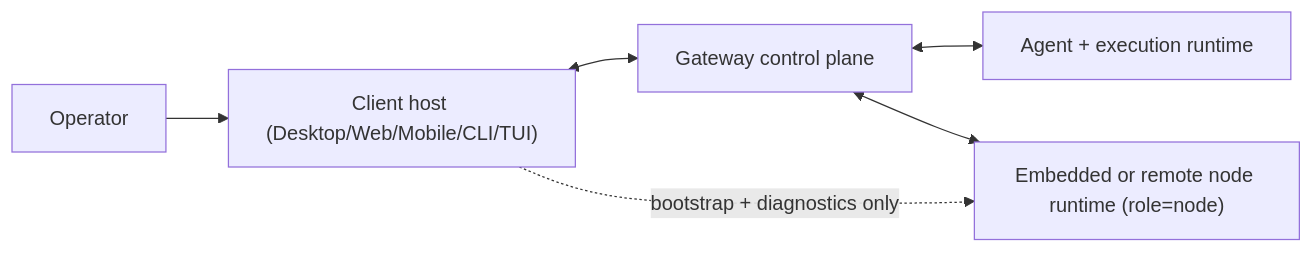
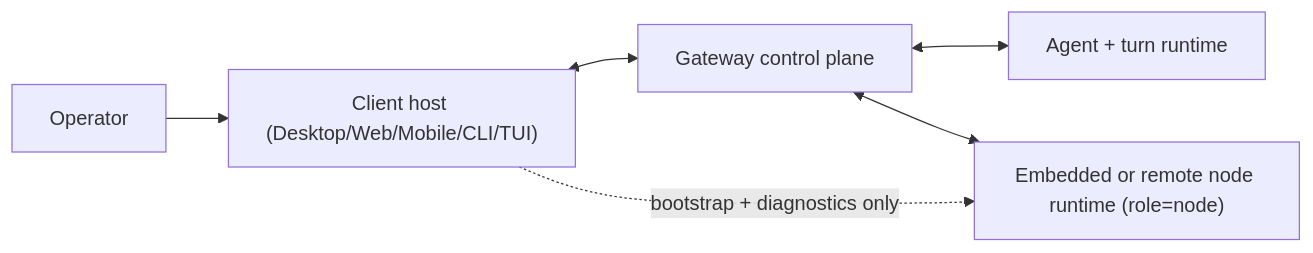
One commit to tyrumai/tyrum changed the diagram in docs/architecture/client/index.md. Above: the diagram before and after it, drawn with Mermaid. The commit also changed other lines of this file and 56 other files, not shown here.

Commit message:
docs: rewrite architecture around conversations and turns (#1829)

````diff
--- a/docs/architecture/client/index.md
+++ b/docs/architecture/client/index.md
@@ -11,14 +11,14 @@
 ```mermaid
 flowchart LR
   Operator["Operator"]
   Client["Client host (Desktop/Web/Mobile/CLI/TUI)"]
   Gateway["Gateway control plane"]
-  Agent["Agent + execution runtime"]
+  Agent["Agent + turn runtime"]
   Node["Embedded or remote node runtime (role=node)"]
 
   Operator --> Client
   Client <--> Gateway
   Gateway <--> Agent
   Gateway <--> Node
   Client -. "bootstrap + diagnostics only" .-> Node
 ```
````
